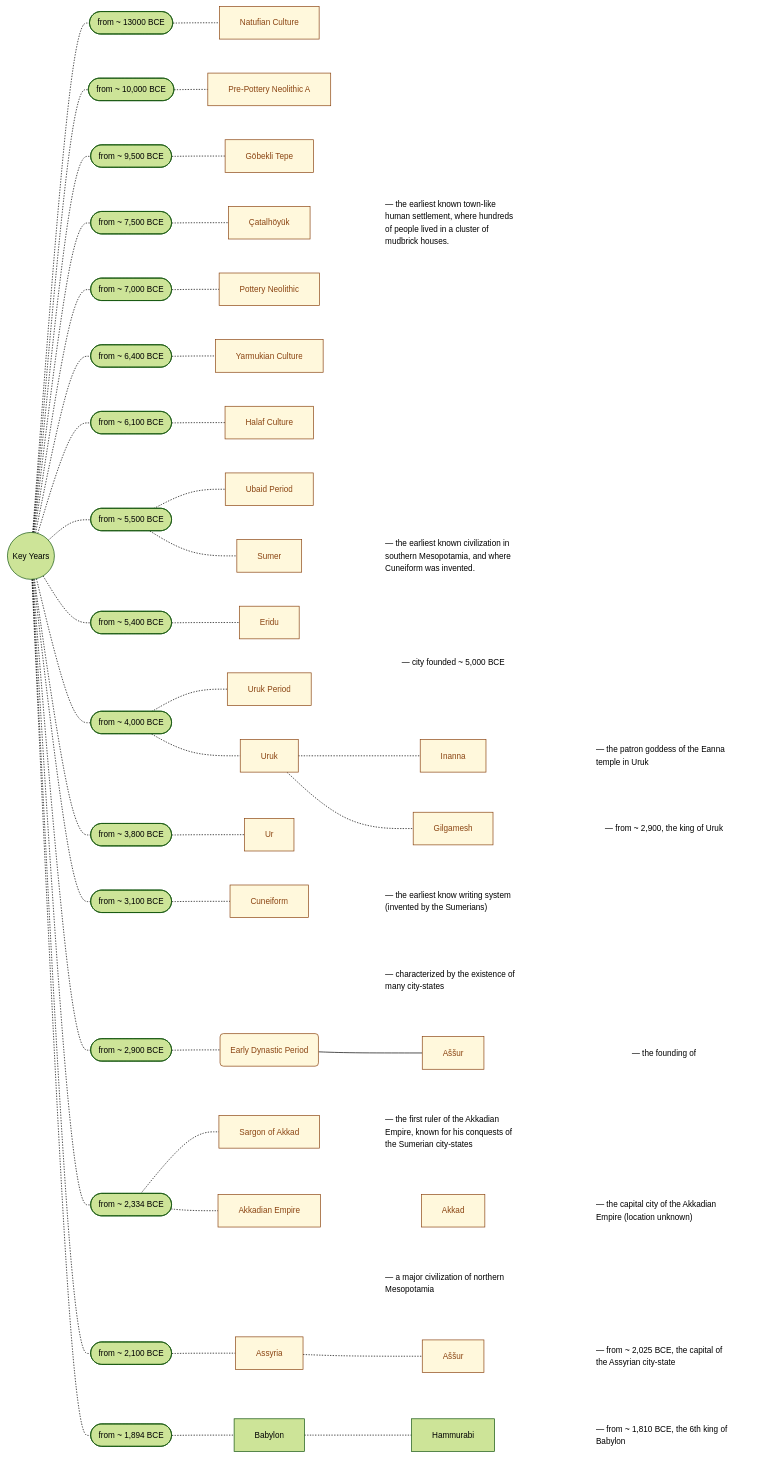
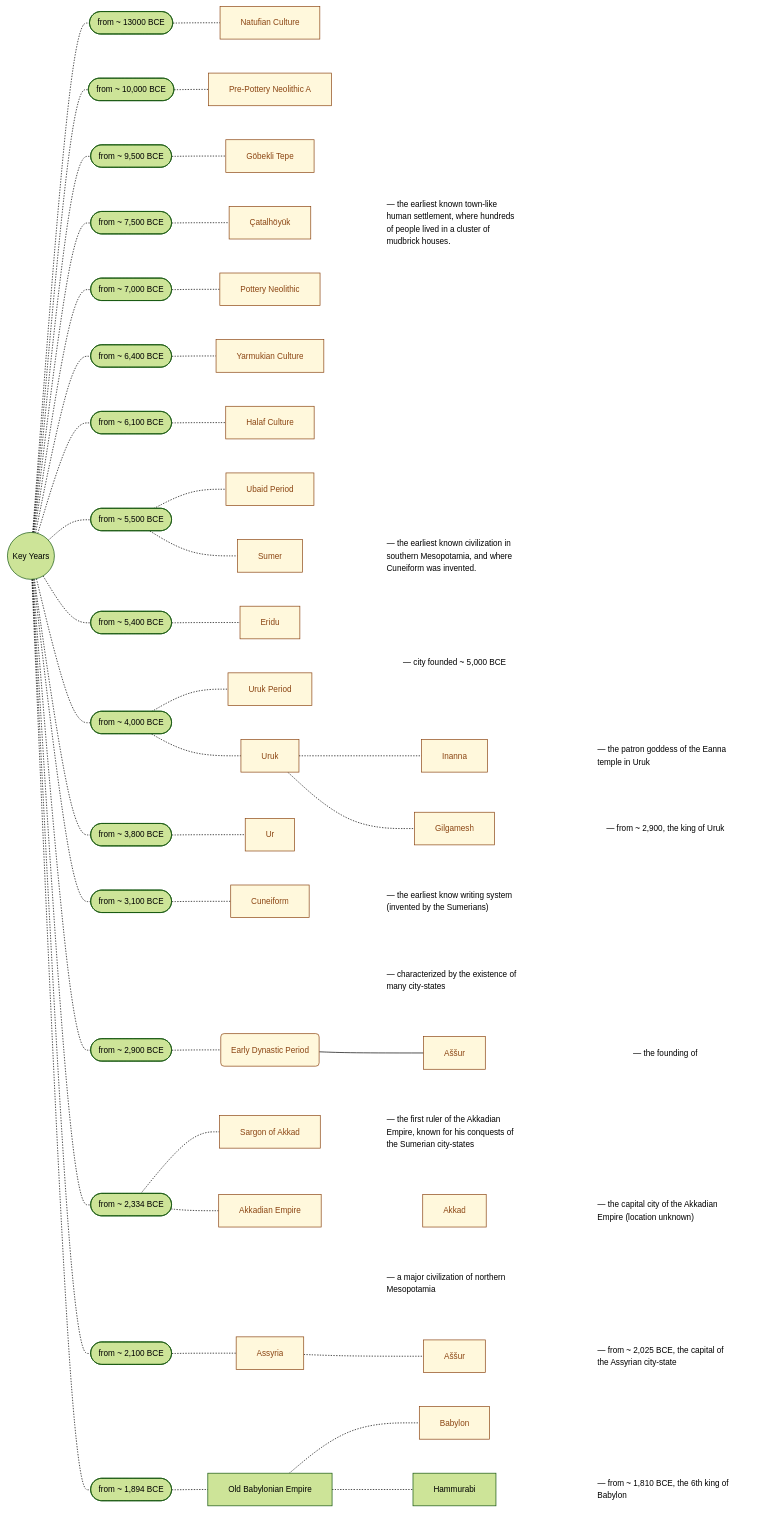
The diagram in mesopotamia_v1.01.md (joe-dorward/samples), drawn with Mermaid before and after one commit.

````diff
--- a/mesopotamia_v1.01.md
+++ b/mesopotamia_v1.01.md
@@ -170,15 +170,20 @@
 
       %%KEY_YEARS-.-2025-.-ASSUR~~~ASSUR_NOTE
 
-      %% ========== ========== ========== ========== ==========
+  %% ========== ========== ========== ========== ==========
+  %% 2000 & BABYLONIA
+  %% ========== ========== ========== ========== ==========
+  1894([from ~ 1,894 BCE])
+    OLD_BABYLONIAN_EMPIRE[Old Babylonian Empire]
+    BABYLON[Babylon]
 
-    1894([from ~ 1,894 BCE])
-      BABYLON[Babylon]
-      HAMMURABI[Hammurabi]
-      HAMMURABI_NOTE[#151; from ~ 1,810 BCE, the 6th king of Babylon]
+    HAMMURABI[Hammurabi]
+    HAMMURABI_NOTE[#151; from ~ 1,810 BCE, the 6th king of Babylon]
 
-    KEY_YEARS-.-1894-.-BABYLON
-                       BABYLON-.-HAMMURABI~~~HAMMURABI_NOTE
+    KEY_YEARS-.-1894-.-OLD_BABYLONIAN_EMPIRE
+    OLD_BABYLONIAN_EMPIRE-.-BABYLON
+    OLD_BABYLONIAN_EMPIRE-.-HAMMURABI~~~HAMMURABI_NOTE
 
+    class BABYLON Note;
     class HAMMURABI_NOTE Summary
 ```
````
